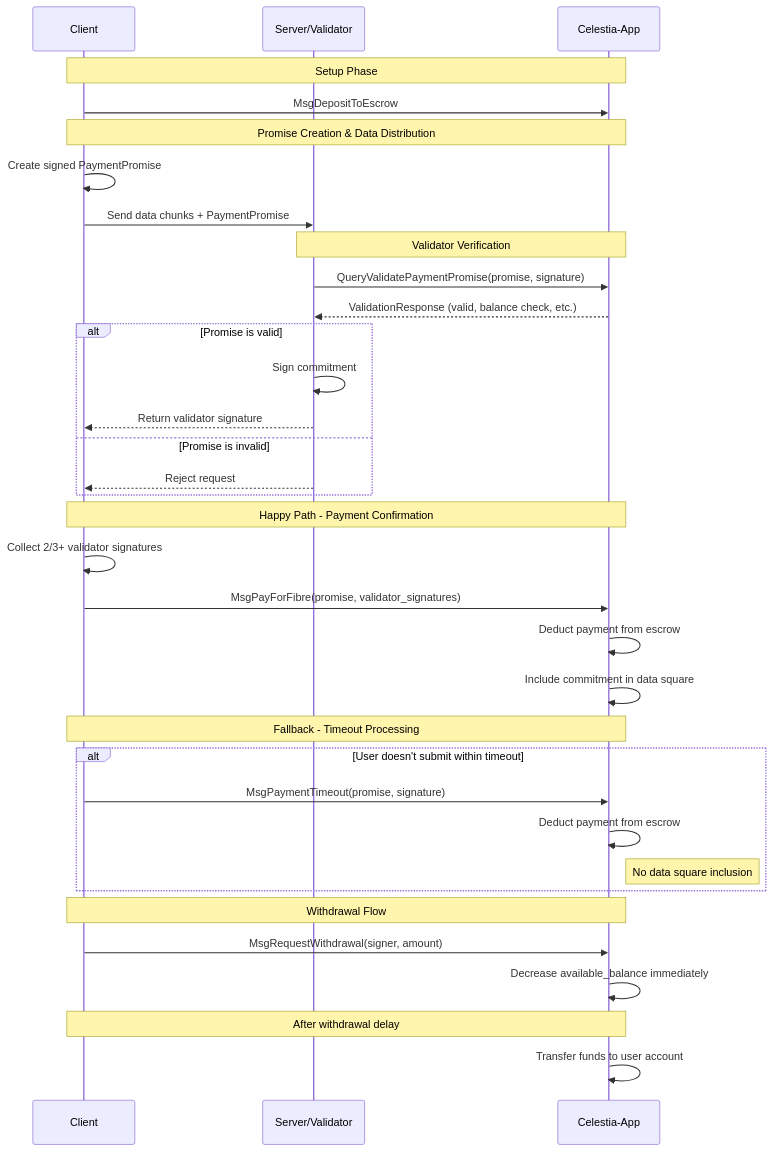
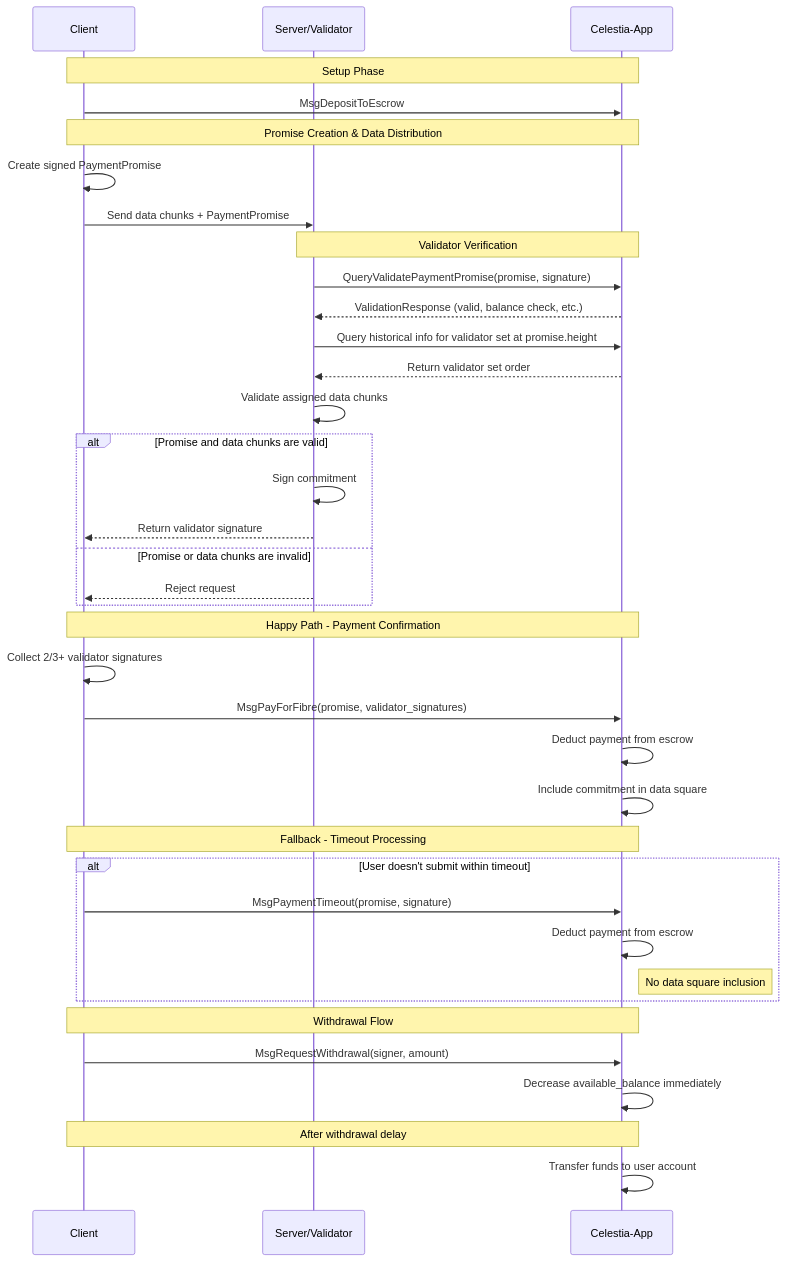
One commit to celestiaorg/fibre-da-spec changed the diagram in sdk_module.md. Above: the diagram before and after it, drawn with Mermaid. The commit also changed other lines of this file, not shown here.

Commit message:
add chunk validation

````diff
--- a/sdk_module.md
+++ b/sdk_module.md
@@ -412,44 +413,47 @@
 ```mermaid
 sequenceDiagram
     participant C as Client
     participant S as Server/Validator
     participant A as Celestia-App
 
     Note over C,A: Setup Phase
     C->>A: MsgDepositToEscrow
 
     Note over C,A: Promise Creation & Data Distribution
     C->>C: Create signed PaymentPromise
     C->>S: Send data chunks + PaymentPromise
 
     Note over S,A: Validator Verification
     S->>A: QueryValidatePaymentPromise(promise, signature)
     A-->>S: ValidationResponse (valid, balance check, etc.)
+    S->>A: Query historical info for validator set at promise.height
+    A-->>S: Return validator set order
+    S->>S: Validate assigned data chunks
 
-    alt Promise is valid
+    alt Promise and data chunks are valid
         S->>S: Sign commitment
         S-->>C: Return validator signature
-    else Promise is invalid
+    else Promise or data chunks are invalid
         S-->>C: Reject request
     end
 
     Note over C,A: Happy Path - Payment Confirmation
     C->>C: Collect 2/3+ validator signatures
     C->>A: MsgPayForFibre(promise, validator_signatures)
     A->>A: Deduct payment from escrow
     A->>A: Include commitment in data square
 
     Note over C,A: Fallback - Timeout Processing
     alt User doesn't submit within timeout
         C->>A: MsgPaymentTimeout(promise, signature)
         A->>A: Deduct payment from escrow
         Note right of A: No data square inclusion
     end
 
     Note over C,A: Withdrawal Flow
     C->>A: MsgRequestWithdrawal(signer, amount)
     A->>A: Decrease available_balance immediately
 
     Note over C,A: After withdrawal delay
     A->>A: Transfer funds to user account
 ```
````
